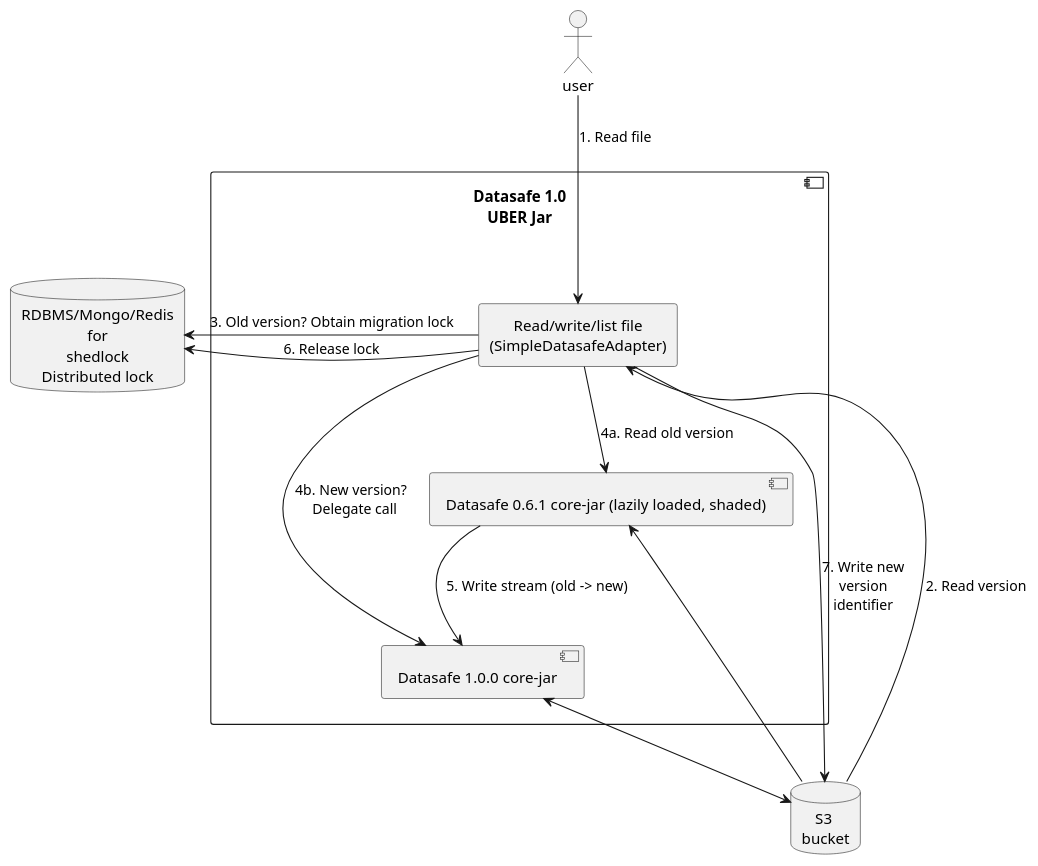
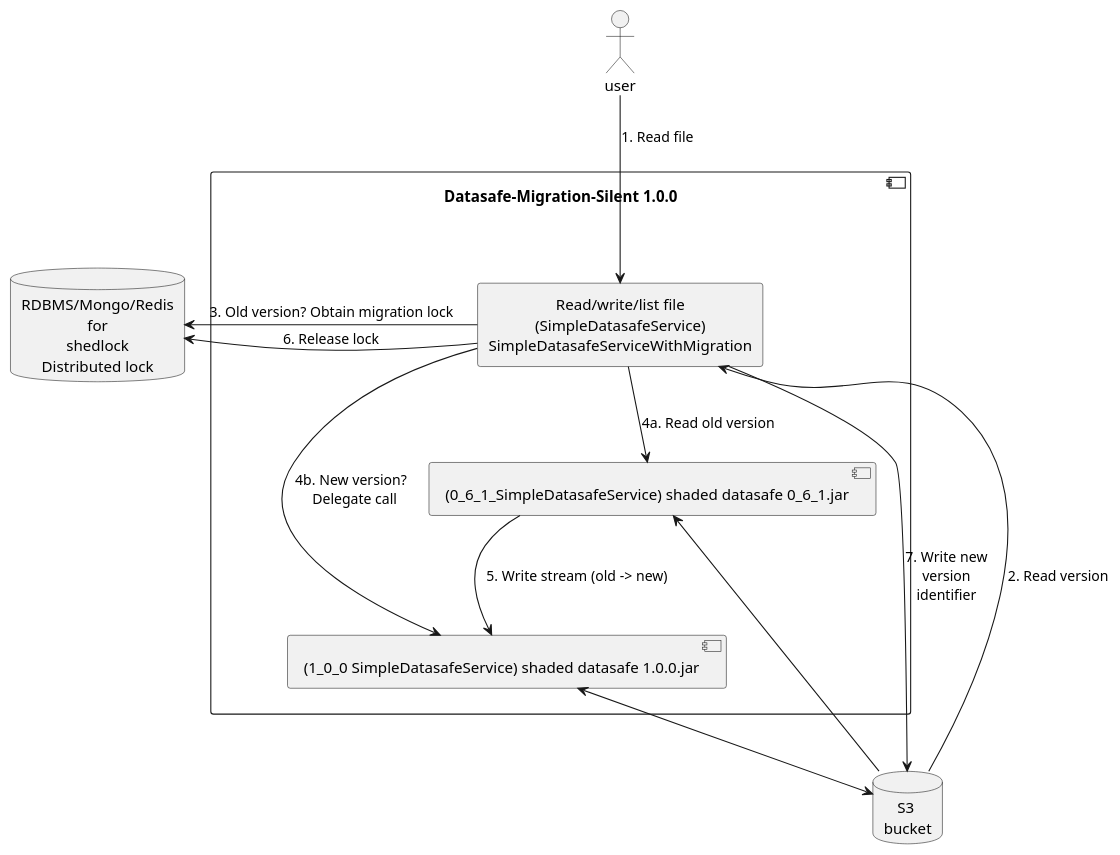
The diagram in docs/diagrams/silent-migration.puml (adorsys/datasafe-migration), drawn with PlantUML before and after one commit. The commit also changed 1 other file, not shown here.

```diff
--- a/docs/diagrams/silent-migration.puml
+++ b/docs/diagrams/silent-migration.puml
@@ -1,33 +1,33 @@
 @startuml
 
 skinparam ranksep 55
 skinparam defaultTextAlignment center
 'skinparam nodesep 20
 skinparam shadowing false
 'skinparam linetype ortho
 
 actor user
 
-component "Datasafe 1.0\nUBER Jar\n\n\n" as UBER {
-  rectangle "Read/write/list file\n(SimpleDatasafeAdapter)" as proxy
-  component "Datasafe 0.6.1 core-jar (lazily loaded, shaded)" as reader
-  component "Datasafe 1.0.0 core-jar" as datasafe
+component "Datasafe-Migration-Silent 1.0.0\n\n\n" as UBER {
+  rectangle "Read/write/list file\n(SimpleDatasafeService)\nSimpleDatasafeServiceWithMigration" as proxy
+  component "(0_6_1_SimpleDatasafeService) shaded datasafe 0_6_1.jar" as reader
+  component "(1_0_0 SimpleDatasafeService) shaded datasafe 1.0.0.jar" as datasafe
   reader -[hidden]down-> datasafe
 }
 
 database "S3 \nbucket" as bucket
 database "RDBMS/Mongo/Redis\nfor\nshedlock\nDistributed lock" as lock
 
 user --> proxy : 1. Read file
 proxy <-- bucket : 2. Read version
 proxy -left-> lock : 3. Old version? Obtain migration lock
 proxy --> reader : 4a. Read old version
 proxy --> datasafe : 4b. New version? \n Delegate call
 reader --> datasafe : 5. Write stream (old -> new)
 proxy -left-> lock : 6. Release lock
 proxy --> bucket : 7. Write new\nversion\nidentifier
 
 reader <-- bucket
 datasafe <--> bucket
 bucket -[hidden]left-> UBER
 @enduml
```
